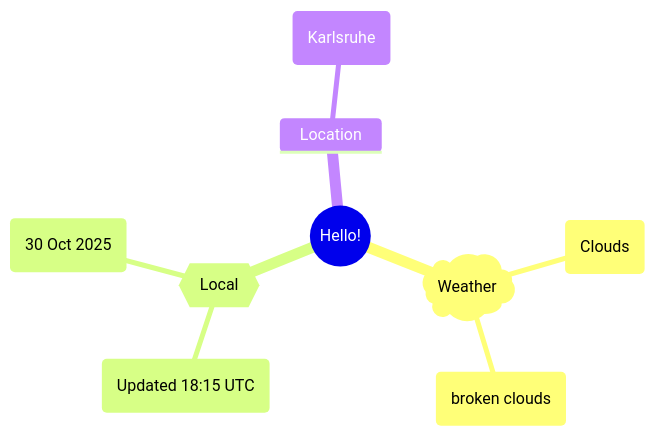
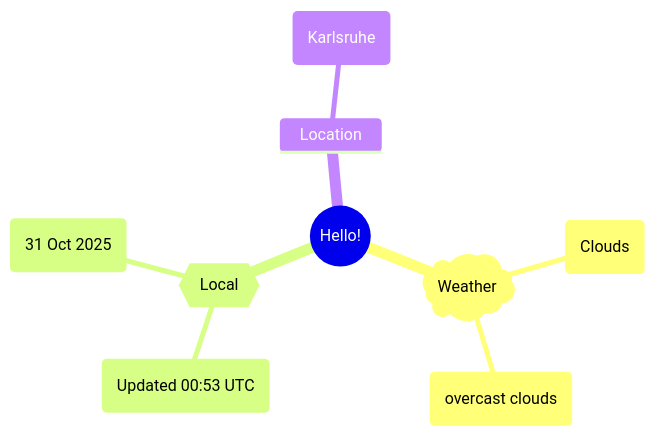
Before and after one commit to Xosrov/Xosrov: the first of 2 diagrams in README.md, drawn with Mermaid.

Commit message:
[bot] updated images

````diff
--- a/README.md
+++ b/README.md
@@ -3,12 +3,12 @@
 ```mermaid
 mindmap
   root((Hello!))
     )Weather(
         (Clouds)
-        (broken clouds)
+        (overcast clouds)
     {{Local}}
-        (Updated 18:15 UTC)
-        (30 Oct 2025)
+        (Updated 00:53 UTC)
+        (31 Oct 2025)
     Location
         (Karlsruhe)
 ```
````
